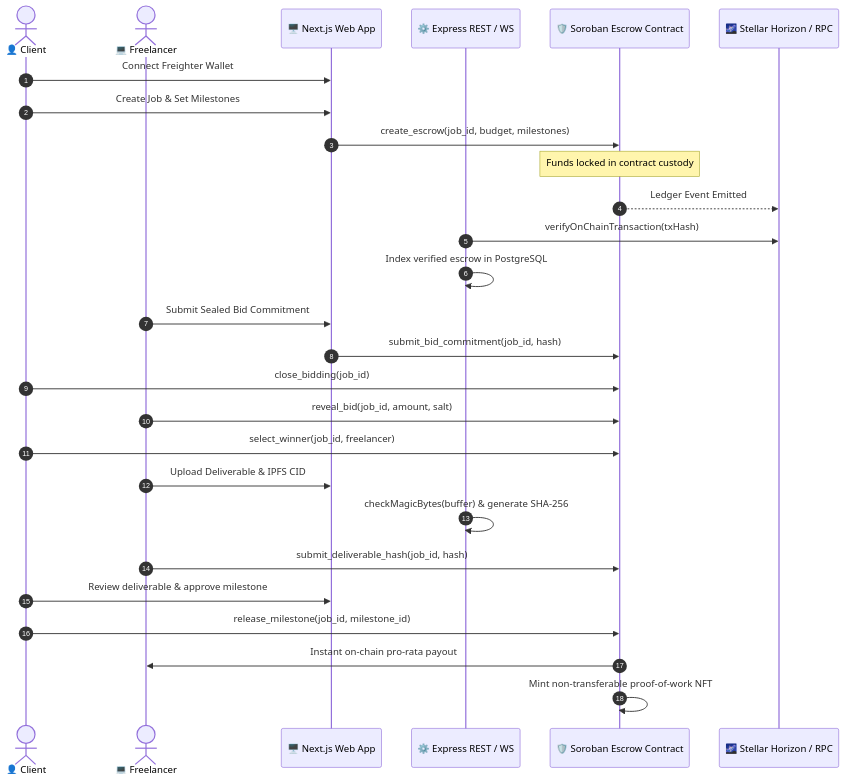
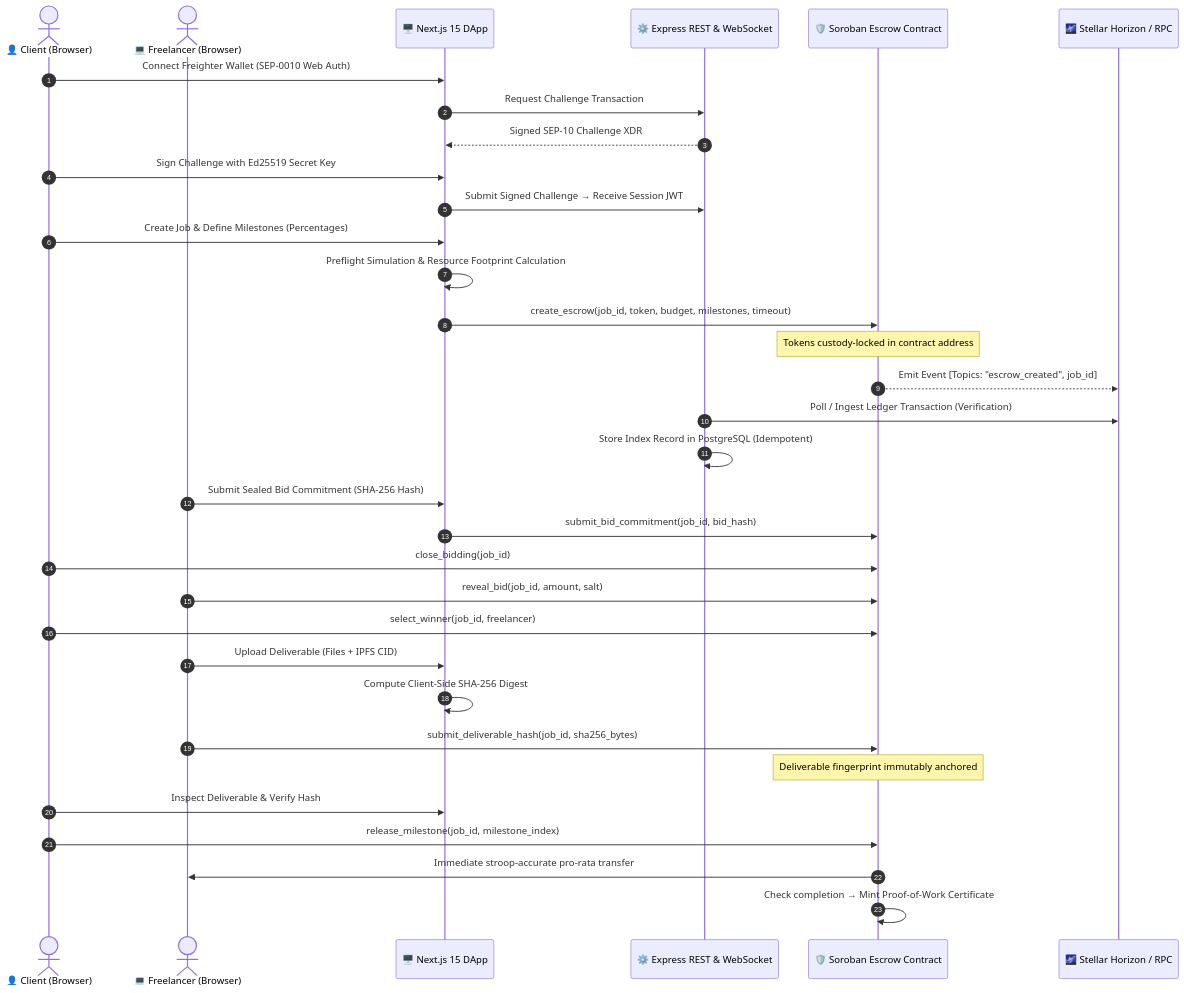
Before and after one commit to Stellar-PurplePay/Stellar-PurplePay: the diagram in README.md, drawn with Mermaid. The commit also changed other lines of this file and 1 other file, not shown here.

Commit message:
docs(core): rewrite README with comprehensive architecture, contract specs, screenshots, tags, and update CHANGELOG to v2.1.0

````diff
--- a/README.md
+++ b/README.md
@@ -53,33 +78,40 @@
 ```mermaid
 sequenceDiagram
     autonumber
-    actor Client as 👤 Client
-    actor Freelancer as 💻 Freelancer
-    participant Frontend as 🖥️ Next.js Web App
-    participant Backend as ⚙️ Express REST / WS
+    actor Client as 👤 Client (Browser)
+    actor Freelancer as 💻 Freelancer (Browser)
+    participant Frontend as 🖥️ Next.js 15 DApp
+    participant Backend as ⚙️ Express REST & WebSocket
     participant Soroban as 🛡️ Soroban Escrow Contract
     participant Horizon as 🌌 Stellar Horizon / RPC
 
-    Client->>Frontend: Connect Freighter Wallet
-    Client->>Frontend: Create Job & Set Milestones
-    Frontend->>Soroban: create_escrow(job_id, budget, milestones)
-    Note over Soroban: Funds locked in contract custody
-    Soroban-->>Horizon: Ledger Event Emitted
-    Backend->>Horizon: verifyOnChainTransaction(txHash)
-    Backend->>Backend: Index verified escrow in PostgreSQL
+    Client->>Frontend: Connect Freighter Wallet (SEP-0010 Web Auth)
+    Frontend->>Backend: Request Challenge Transaction
+    Backend-->>Frontend: Signed SEP-10 Challenge XDR
+    Client->>Frontend: Sign Challenge with Ed25519 Secret Key
+    Frontend->>Backend: Submit Signed Challenge → Receive Session JWT
 
-    Freelancer->>Frontend: Submit Sealed Bid Commitment
-    Frontend->>Soroban: submit_bid_commitment(job_id, hash)
+    Client->>Frontend: Create Job & Define Milestones (Percentages)
+    Frontend->>Frontend: Preflight Simulation & Resource Footprint Calculation
+    Frontend->>Soroban: create_escrow(job_id, token, budget, milestones, timeout)
+    Note over Soroban: Tokens custody-locked in contract address
+    Soroban-->>Horizon: Emit Event [Topics: "escrow_created", job_id]
+    Backend->>Horizon: Poll / Ingest Ledger Transaction (Verification)
+    Backend->>Backend: Store Index Record in PostgreSQL (Idempotent)
+
+    Freelancer->>Frontend: Submit Sealed Bid Commitment (SHA-256 Hash)
+    Frontend->>Soroban: submit_bid_commitment(job_id, bid_hash)
     Client->>Soroban: close_bidding(job_id)
     Freelancer->>Soroban: reveal_bid(job_id, amount, salt)
     Client->>Soroban: select_winner(job_id, freelancer)
 
-    Freelancer->>Frontend: Upload Deliverable & IPFS CID
-    Backend->>Backend: checkMagicBytes(buffer) & generate SHA-256
-    Freelancer->>Soroban: submit_deliverable_hash(job_id, hash)
+    Freelancer->>Frontend: Upload Deliverable (Files + IPFS CID)
+    Frontend->>Frontend: Compute Client-Side SHA-256 Digest
+    Freelancer->>Soroban: submit_deliverable_hash(job_id, sha256_bytes)
+    Note over Soroban: Deliverable fingerprint immutably anchored
 
-    Client->>Frontend: Review deliverable & approve milestone
-    Client->>Soroban: release_milestone(job_id, milestone_id)
-    Soroban->>Freelancer: Instant on-chain pro-rata payout
-    Soroban->>Soroban: Mint non-transferable proof-of-work NFT
+    Client->>Frontend: Inspect Deliverable & Verify Hash
+    Client->>Soroban: release_milestone(job_id, milestone_index)
+    Soroban->>Freelancer: Immediate stroop-accurate pro-rata transfer
+    Soroban->>Soroban: Check completion → Mint Proof-of-Work Certificate
 ```
````
